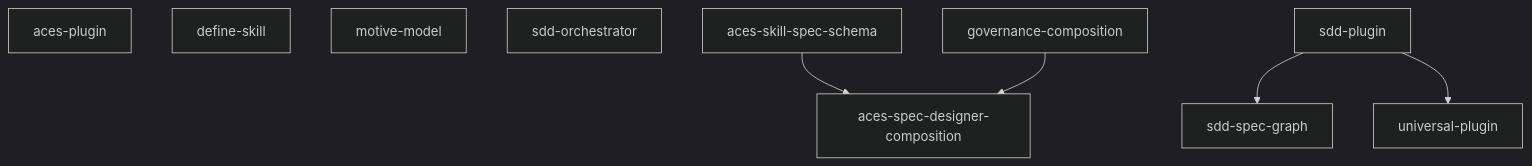
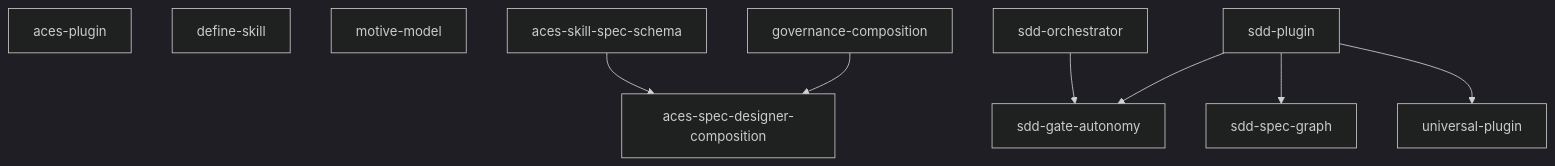
Before and after one commit to cyberuni/cyberplace: the diagram in artifacts/specs/graph.md, drawn with Mermaid (dark theme). The commit also changed other lines of this file and 2 other files, not shown here.

Commit message:
docs(sdd-gate-autonomy): draft the gate autonomy & accountability model
Captures the design surfaced by the render-spec-graph blew-through
incident: a Conductor-set autonomy leash (gated/auto-to-spec/auto) as a
ceiling that downgrades on high blast radius; approved-by gate
attribution where an agent value is provisional and the agent-attributed
set is the human review queue; lifting the workflow-cursor table to an
FSM validate-spec enforces; and resolving the overloaded aligned field.
Draft, awaiting the spec gate — two open markers (approved-by shape,
aligned resolution). Skill-domain implementation is ACES-delegated.

````diff
--- a/artifacts/specs/graph.md
+++ b/artifacts/specs/graph.md
@@ -7,11 +7,12 @@
 ```mermaid
 graph TD
   aces-plugin
   define-skill
   motive-model
-  sdd-orchestrator
   aces-skill-spec-schema --> aces-spec-designer-composition
   governance-composition --> aces-spec-designer-composition
+  sdd-orchestrator --> sdd-gate-autonomy
+  sdd-plugin --> sdd-gate-autonomy
   sdd-plugin --> sdd-spec-graph
   sdd-plugin --> universal-plugin
 ```
````
